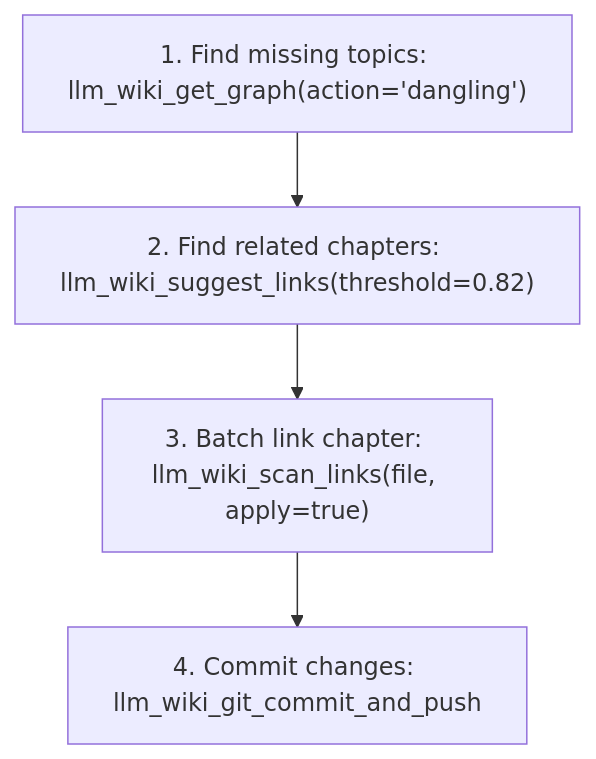
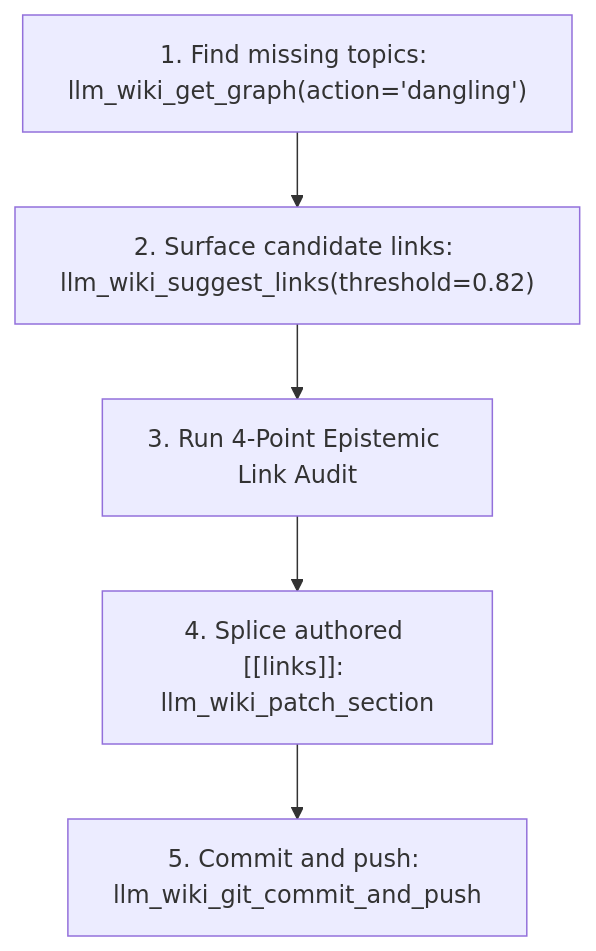
Diagram 13 of 13 in docs/mcp_tools.md (prakharVirus1289/llm-wiki), drawn with Mermaid before and after one commit. The commit also changed other lines of this file and 3 other files, not shown here.

````diff
--- a/docs/mcp_tools.md
+++ b/docs/mcp_tools.md
@@ -1252,6 +1150,7 @@
 ```mermaid
 flowchart TD
-    V["1. Find missing topics: llm_wiki_get_graph(action='dangling')"] --> S["2. Find related chapters: llm_wiki_suggest_links(threshold=0.82)"]
-    S --> L["3. Batch link chapter: llm_wiki_scan_links(file, apply=true)"]
-    L --> P["4. Commit changes: llm_wiki_git_commit_and_push"]
+    V["1. Find missing topics: llm_wiki_get_graph(action='dangling')"] --> S["2. Surface candidate links: llm_wiki_suggest_links(threshold=0.82)"]
+    S --> A["3. Run 4-Point Epistemic Link Audit"]
+    A --> P["4. Splice authored [[links]]: llm_wiki_patch_section"]
+    P --> G["5. Commit and push: llm_wiki_git_commit_and_push"]
 ```
````
